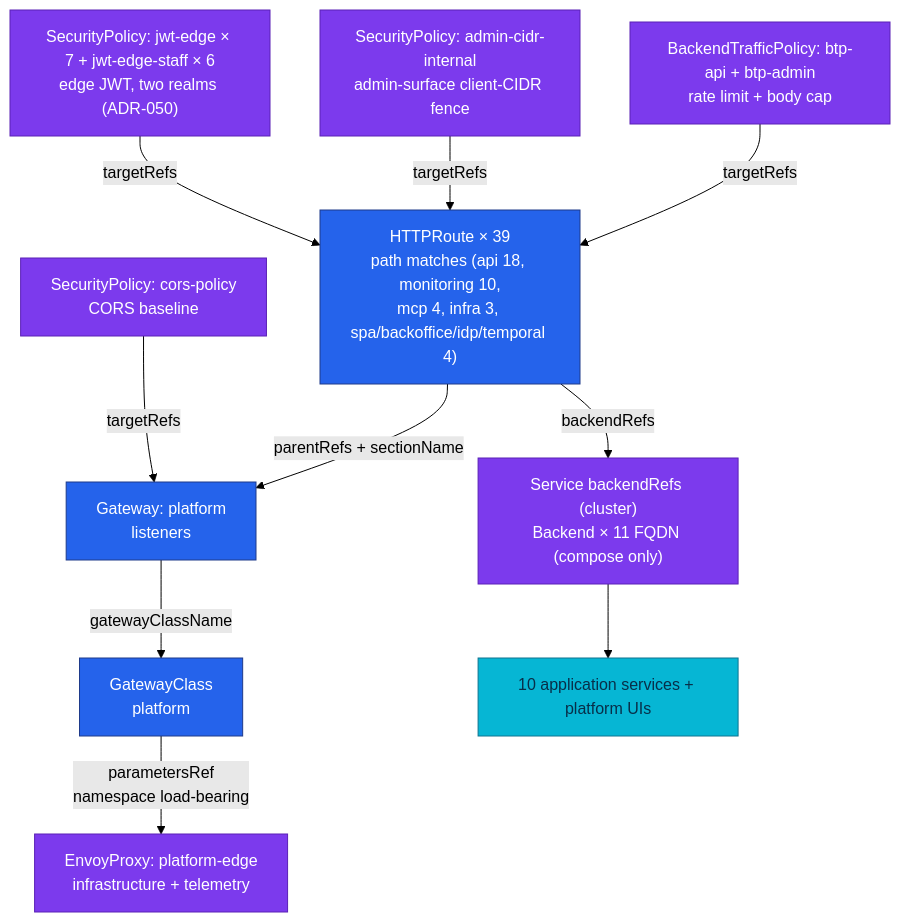
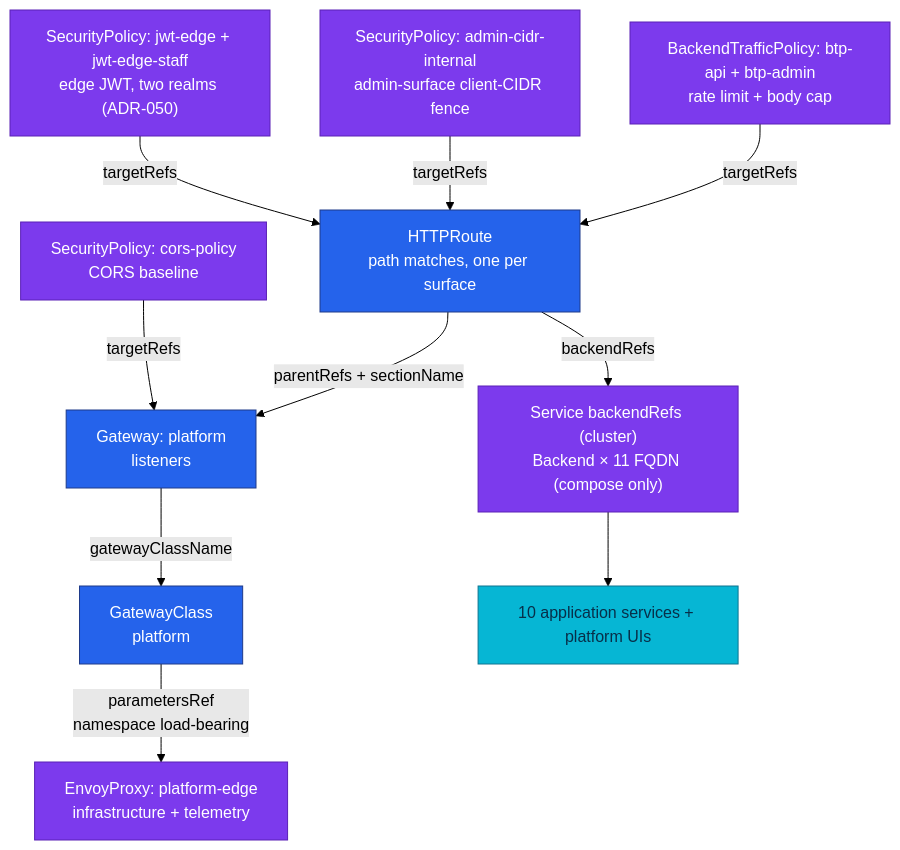
The first of 3 diagrams in docs/platform/envoy-gateway.md (duynhlab/homelab), drawn with Mermaid (forest theme) before and after one commit. The commit also changed other lines of this file, not shown here.

````diff
--- a/docs/platform/envoy-gateway.md
+++ b/docs/platform/envoy-gateway.md
@@ -46,30 +48,30 @@
 ```mermaid
 flowchart TD
   gc["GatewayClass<br/>platform"]
   ep["EnvoyProxy: platform-edge<br/>infrastructure + telemetry"]
   gw["Gateway: platform<br/>listeners"]
   cors["SecurityPolicy: cors-policy<br/>CORS baseline"]
-  hr["HTTPRoute × 39<br/>path matches (api 18, monitoring 10,<br/>mcp 4, infra 3, spa/backoffice/idp/temporal 4)"]
-  jwt["SecurityPolicy: jwt-edge × 7 + jwt-edge-staff × 6<br/>edge JWT, two realms (ADR-050)"]
+  hr["HTTPRoute<br/>path matches, one per surface"]
+  jwt["SecurityPolicy: jwt-edge + jwt-edge-staff<br/>edge JWT, two realms (ADR-050)"]
   cidr["SecurityPolicy: admin-cidr-internal<br/>admin-surface client-CIDR fence"]
   btp["BackendTrafficPolicy: btp-api + btp-admin<br/>rate limit + body cap"]
   be["Service backendRefs (cluster)<br/>Backend × 11 FQDN (compose only)"]
   svc["10 application services + platform UIs"]
 
   gc -->|"parametersRef<br/>namespace load-bearing"| ep
   gw -->|gatewayClassName| gc
   hr -->|"parentRefs + sectionName"| gw
   hr -->|backendRefs| be
   be --> svc
   cors -->|targetRefs| gw
   jwt -->|targetRefs| hr
   cidr -->|targetRefs| hr
   btp -->|targetRefs| hr
 
   classDef edge fill:#2563eb,color:#fff,stroke:#1e3a8a;
   classDef platform fill:#7c3aed,color:#fff,stroke:#5b21b6;
   classDef service fill:#06b6d4,color:#082f49,stroke:#0e7490;
   class gc,gw,hr edge
   class ep,be,cors,jwt,cidr,btp platform
   class svc service
 ```
````
